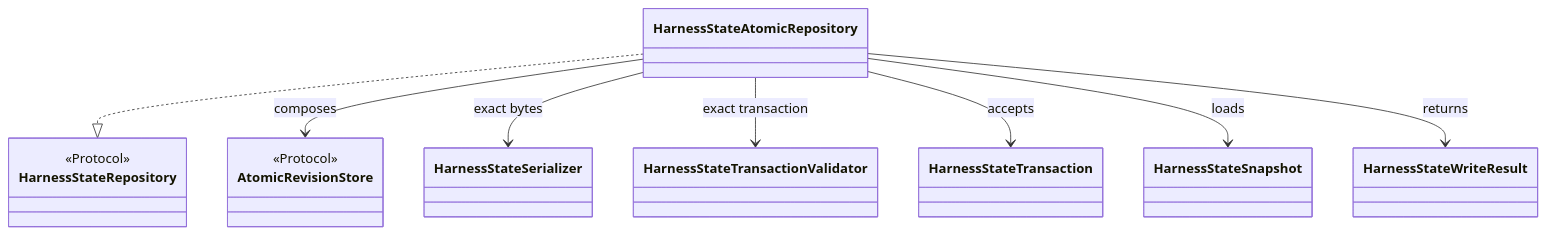
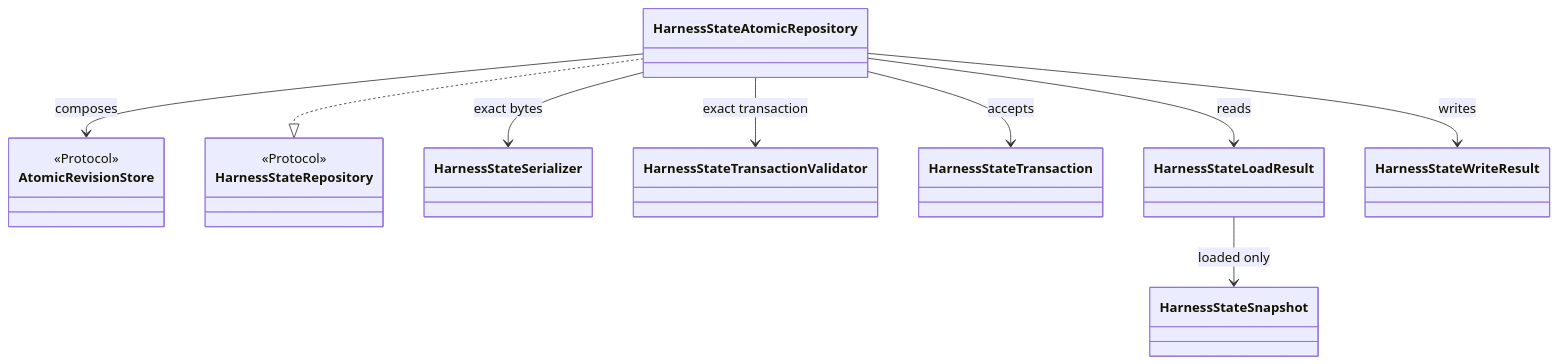
The second of 5 diagrams in docs/architecture/v2/ksdft2effmass/persistence/index.md (eragasa/ksdft2effmass), drawn with Mermaid before and after one commit. The commit also changed other lines of this file and 54 other files, not shown here.

Commit message:
docs: close architecture v2 planning issues

````diff
--- a/docs/architecture/v2/ksdft2effmass/persistence/index.md
+++ b/docs/architecture/v2/ksdft2effmass/persistence/index.md
@@ -90,23 +124,25 @@
 ```mermaid
 classDiagram
     class AtomicRevisionStore {
         <<Protocol>>
     }
     class HarnessStateRepository {
         <<Protocol>>
     }
     class HarnessStateAtomicRepository
     class HarnessStateSerializer
     class HarnessStateTransactionValidator
     class HarnessStateTransaction
     class HarnessStateSnapshot
+    class HarnessStateLoadResult
     class HarnessStateWriteResult
 
     HarnessStateAtomicRepository ..|> HarnessStateRepository
     HarnessStateAtomicRepository --> AtomicRevisionStore : composes
     HarnessStateAtomicRepository --> HarnessStateSerializer : exact bytes
     HarnessStateAtomicRepository --> HarnessStateTransactionValidator : exact transaction
     HarnessStateAtomicRepository --> HarnessStateTransaction : accepts
-    HarnessStateAtomicRepository --> HarnessStateSnapshot : loads
-    HarnessStateAtomicRepository --> HarnessStateWriteResult : returns
+    HarnessStateLoadResult --> HarnessStateSnapshot : loaded only
+    HarnessStateAtomicRepository --> HarnessStateLoadResult : reads
+    HarnessStateAtomicRepository --> HarnessStateWriteResult : writes
 ```
````
